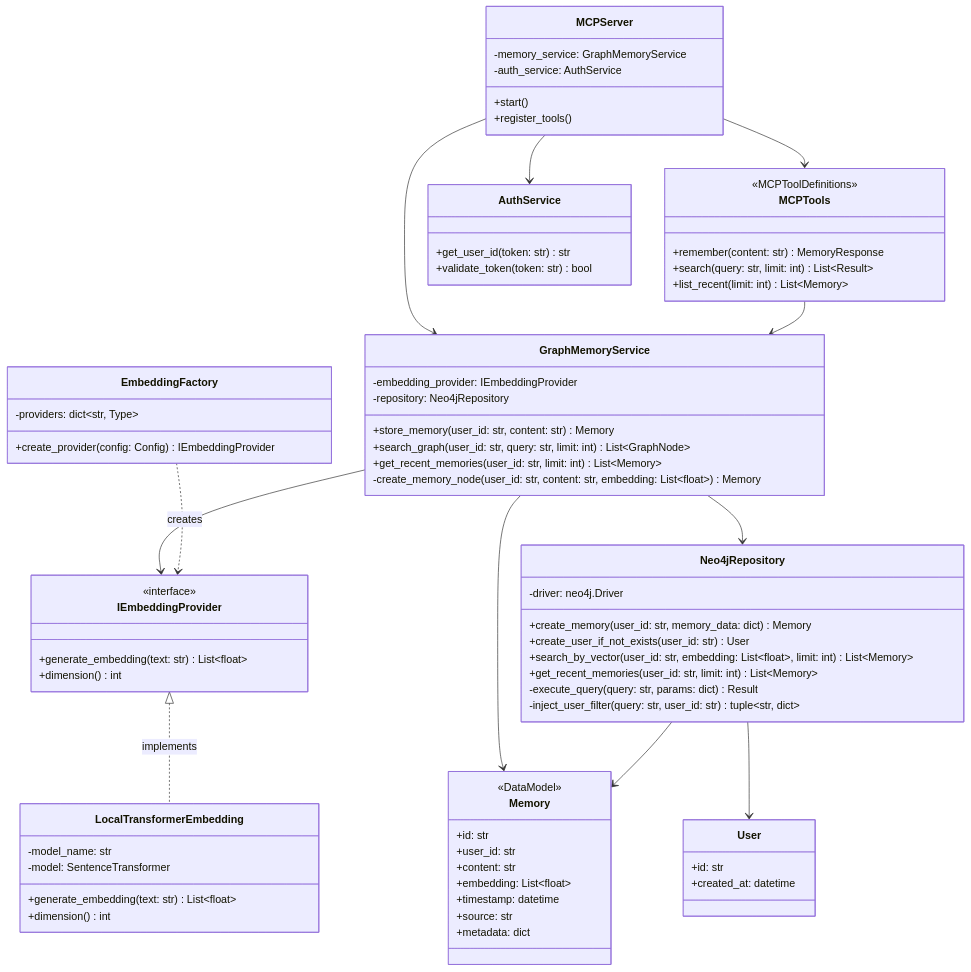
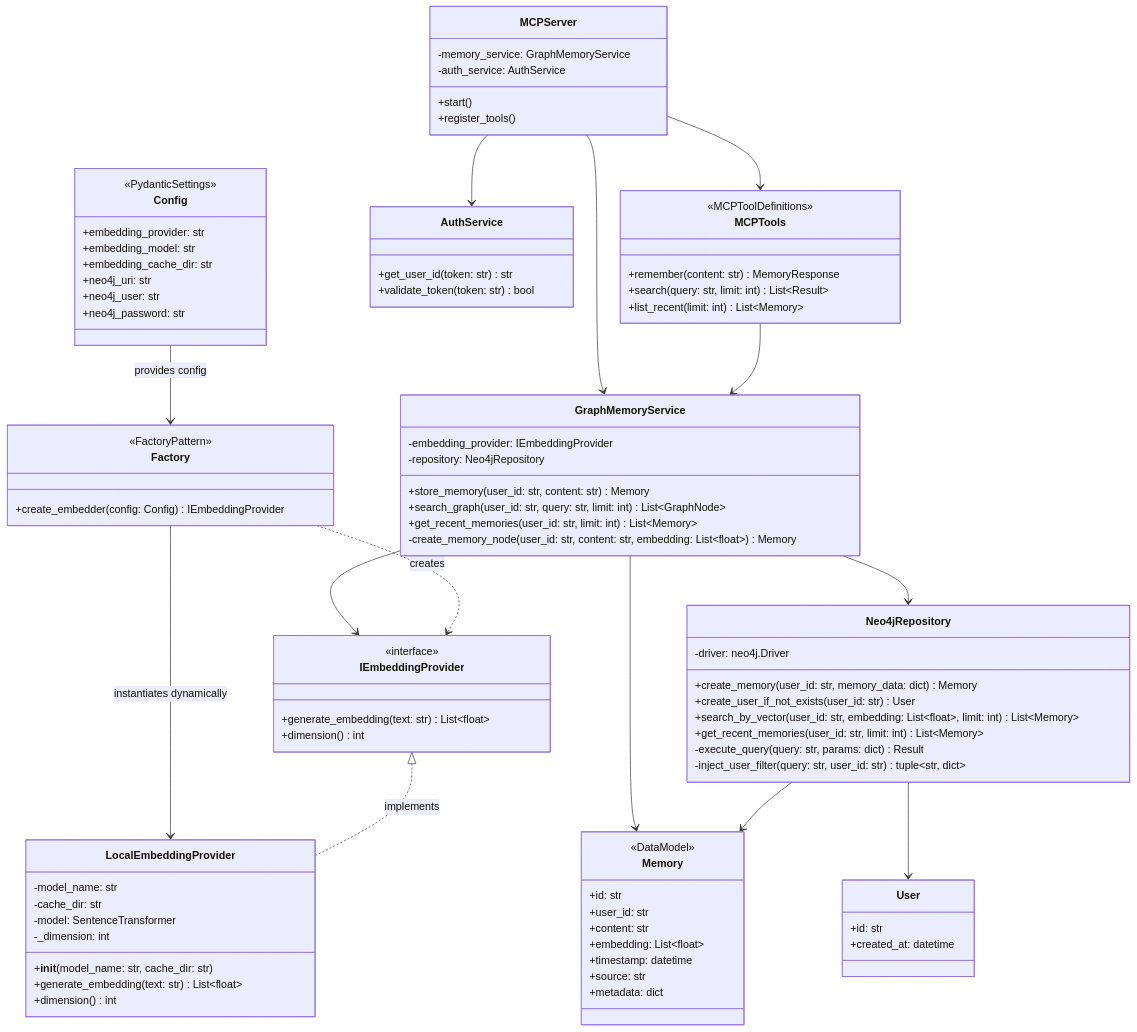
One commit to rigrergl/memento changed the diagram in Documentation/detailed-architecture.md. Above: the diagram before and after it, drawn with Mermaid. The commit also changed 20 other files, not shown here.

````diff
--- a/Documentation/detailed-architecture.md
+++ b/Documentation/detailed-architecture.md
@@ -64,18 +64,31 @@
         +validate_token(token: str) bool
     }
     
-    class EmbeddingFactory {
-        +create_provider(config: Config) IEmbeddingProvider
-        -providers: dict~str, Type~
+    class Config {
+        <<PydanticSettings>>
+        +embedding_provider: str
+        +embedding_model: str
+        +embedding_cache_dir: str
+        +neo4j_uri: str
+        +neo4j_user: str
+        +neo4j_password: str
     }
 
-    class LocalTransformerEmbedding {
+    class Factory {
+        <<FactoryPattern>>
+        +create_embedder(config: Config) IEmbeddingProvider
+    }
+
+    class LocalEmbeddingProvider {
         -model_name: str
+        -cache_dir: str
         -model: SentenceTransformer
+        -_dimension: int
+        +__init__(model_name: str, cache_dir: str)
         +generate_embedding(text: str) List~float~
         +dimension() int
     }
-    
+
     MCPServer --> MCPTools
     MCPServer --> GraphMemoryService
     MCPServer --> AuthService
@@ -88,7 +101,9 @@
     Neo4jRepository --> Memory
     Neo4jRepository --> User
 
-    EmbeddingFactory ..> IEmbeddingProvider : creates
+    Config --> Factory : provides config
+    Factory ..> IEmbeddingProvider : creates
+    Factory --> LocalEmbeddingProvider : instantiates dynamically
 
-    IEmbeddingProvider <|.. LocalTransformerEmbedding : implements
+    IEmbeddingProvider <|.. LocalEmbeddingProvider : implements
 ```
````
